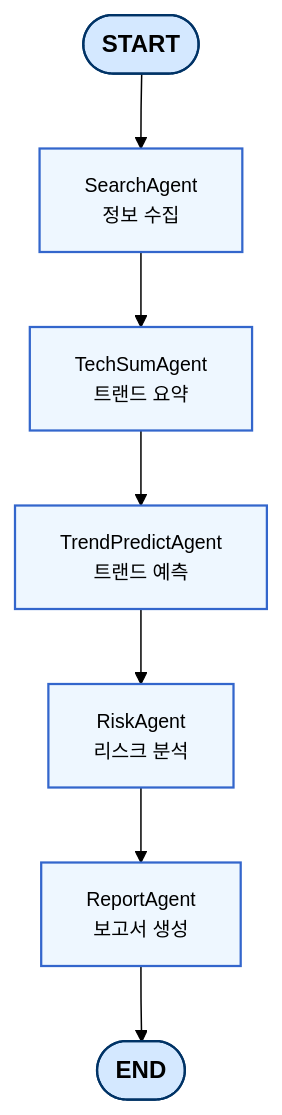
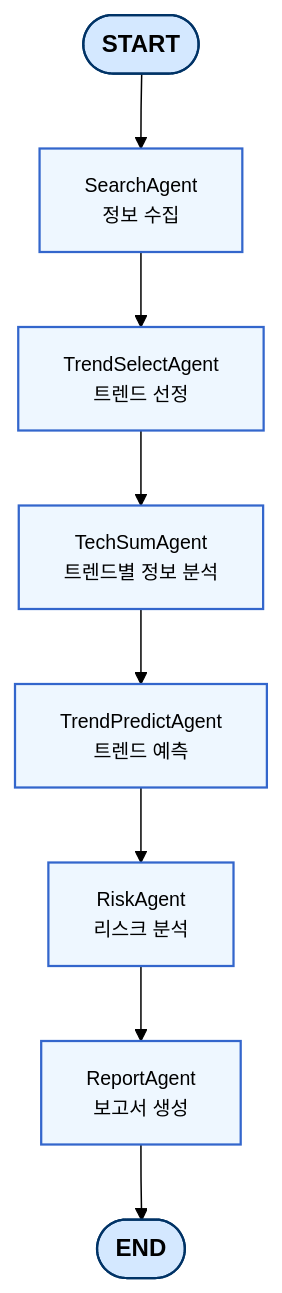
The diagram in README.md (slj9887/ai-service-miniproject), drawn with Mermaid (forest theme) before and after one commit. The commit also changed other lines of this file, not shown here.

````diff
--- a/README.md
+++ b/README.md
@@ -30,22 +36,24 @@
 ```mermaid
 flowchart TD
     %% === START & END ===
     A([START])
     F([END])
 
     %% === Agent Nodes ===
     B[SearchAgent<br/>정보 수집]
-    C[TechSumAgent<br/>트랜드 요약]
-    D[TrendPredictAgent<br/>트랜드 예측]
+    H[TrendSelectAgent<br/>트렌드 선정]
+    C[TechSumAgent<br/>트렌드별 정보 분석]
+    D[TrendPredictAgent<br/>트렌드 예측]
     G[RiskAgent<br/>리스크 분석]
     E[ReportAgent<br/>보고서 생성]
 
     %% === Main Pipeline Flow ===
-    A --> B --> C --> D --> G --> E --> F
+    A --> B --> H --> C --> D --> G --> E --> F
 
     %% === Styling ===
     classDef agent fill:#eef7ff,stroke:#3366cc,stroke-width:1.5px,color:#000,font-size:13px;
     classDef startend fill:#d4e8ff,stroke:#003366,stroke-width:1.5px,font-weight:bold;
     class A,F startend;
-    class B,C,D,G,E agent;
+    class B,H,C,D,G,E agent;
+
 ```
````
